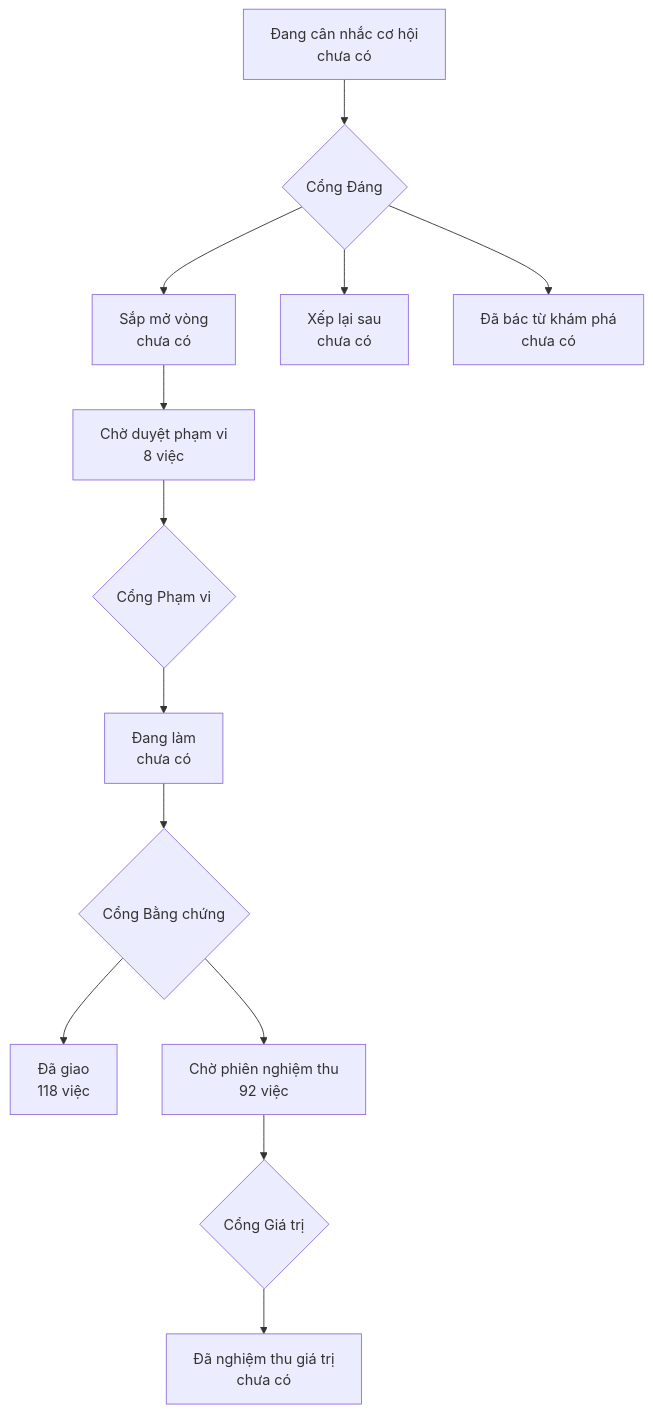
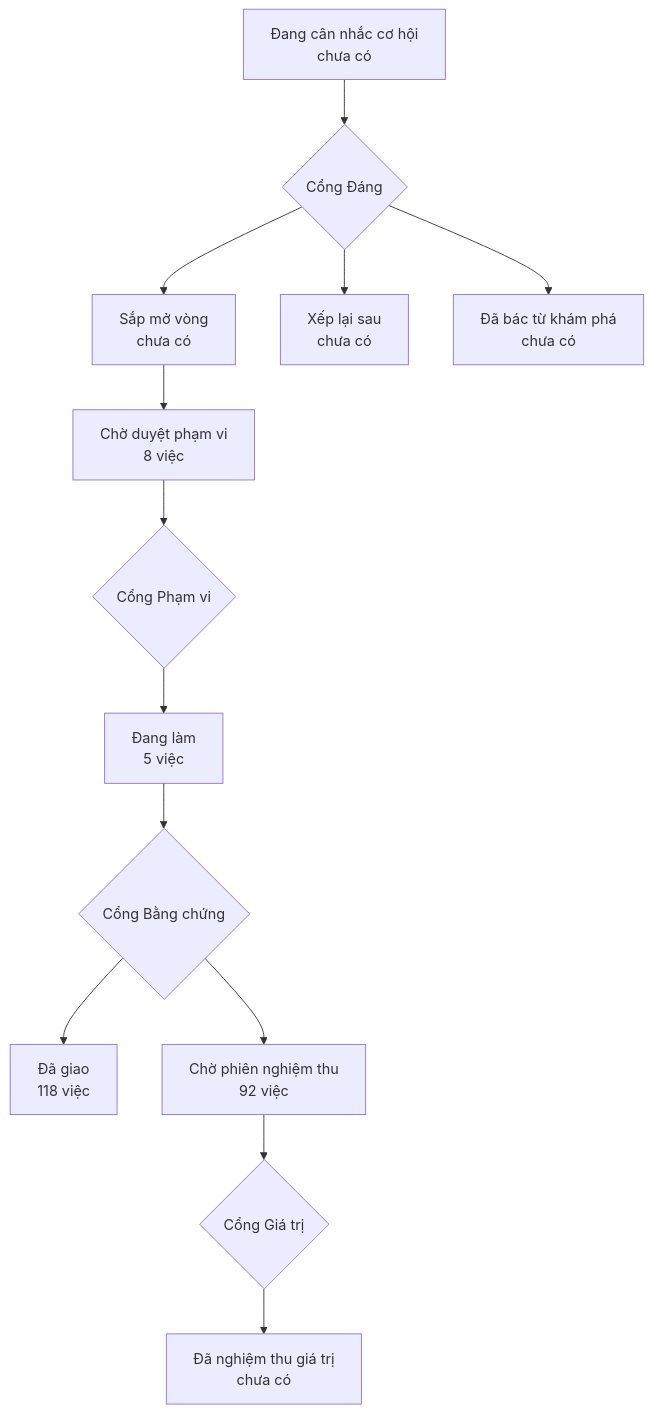
The diagram in PRODUCT-MAP.md (phanlemanh/onehub-invest), drawn with Mermaid before and after one commit. The commit also changed other lines of this file and 20 other files, not shown here.

First line of the commit message:
chore(zcode-gop-0211): thẻ Cổng Bằng chứng năm hồ sơ, vẽ lại bản đồ

````diff
--- a/PRODUCT-MAP.md
+++ b/PRODUCT-MAP.md
@@ -7,12 +7,12 @@
 ```mermaid
 flowchart TD
   A["Đang cân nhắc cơ hội<br/>chưa có"] --> GD{"Cổng Đáng"}
   GD --> B["Sắp mở vòng<br/>chưa có"]
   GD --> XL["Xếp lại sau<br/>chưa có"]
   GD --> DB["Đã bác từ khám phá<br/>chưa có"]
   B --> CD["Chờ duyệt phạm vi<br/>8 việc"] --> GP{"Cổng Phạm vi"}
-  GP --> DL["Đang làm<br/>chưa có"] --> GB{"Cổng Bằng chứng"}
+  GP --> DL["Đang làm<br/>5 việc"] --> GB{"Cổng Bằng chứng"}
   GB --> DG["Đã giao<br/>118 việc"]
   GB --> CN["Chờ phiên nghiệm thu<br/>92 việc"] --> GG{"Cổng Giá trị"}
   GG --> NT["Đã nghiệm thu giá trị<br/>chưa có"]
 ```
````
